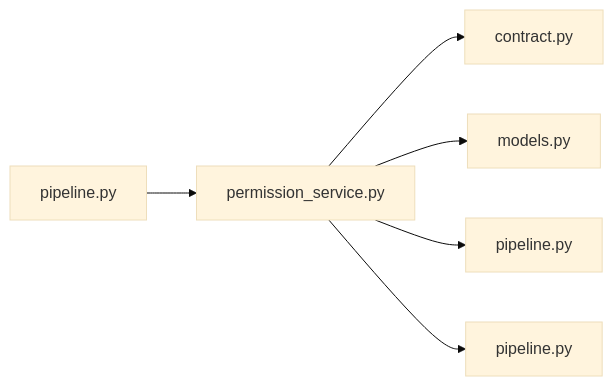
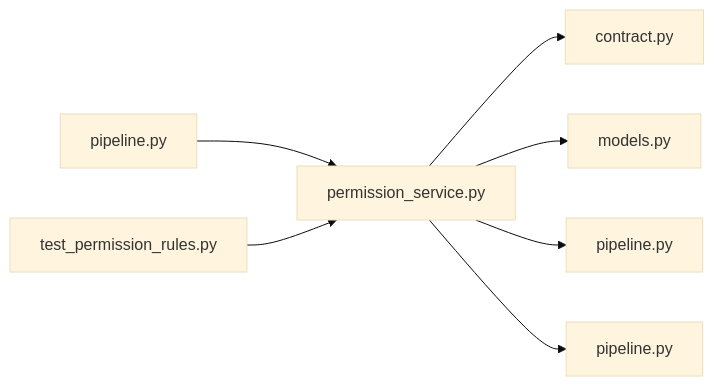
One commit to minkong-dev/Banblit changed the diagram in .cluedoc/graph/backend/src/backend/services/permission/permission_service.md. Above: the diagram before and after it, drawn with Mermaid (base theme). The commit also changed other lines of this file and 33 other files, not shown here.

First line of the commit message:
backend: trim rationale from feature docstrings, fix stale comments and add service rule tests

````diff
--- a/.cluedoc/graph/backend/src/backend/services/permission/permission_service.md
+++ b/.cluedoc/graph/backend/src/backend/services/permission/permission_service.md
@@ -10,9 +10,10 @@
 ```mermaid
 flowchart LR
   backend_src_backend_services_permission_permission_service["permission_service.py"]
   backend_src_backend_services_permission_permission_service --> backend_src_backend_contract["contract.py"]
   backend_src_backend_services_permission_permission_service --> backend_src_backend_db_models["models.py"]
   backend_src_backend_services_permission_permission_service --> backend_src_backend_db_pipeline["pipeline.py"]
   backend_src_backend_services_permission_permission_service --> backend_src_backend_services_validation_pipeline["pipeline.py"]
   backend_src_backend_services_permission_pipeline["pipeline.py"] --> backend_src_backend_services_permission_permission_service
+  backend_tests_unit_test_permission_rules["test_permission_rules.py"] --> backend_src_backend_services_permission_permission_service
 ```
````
